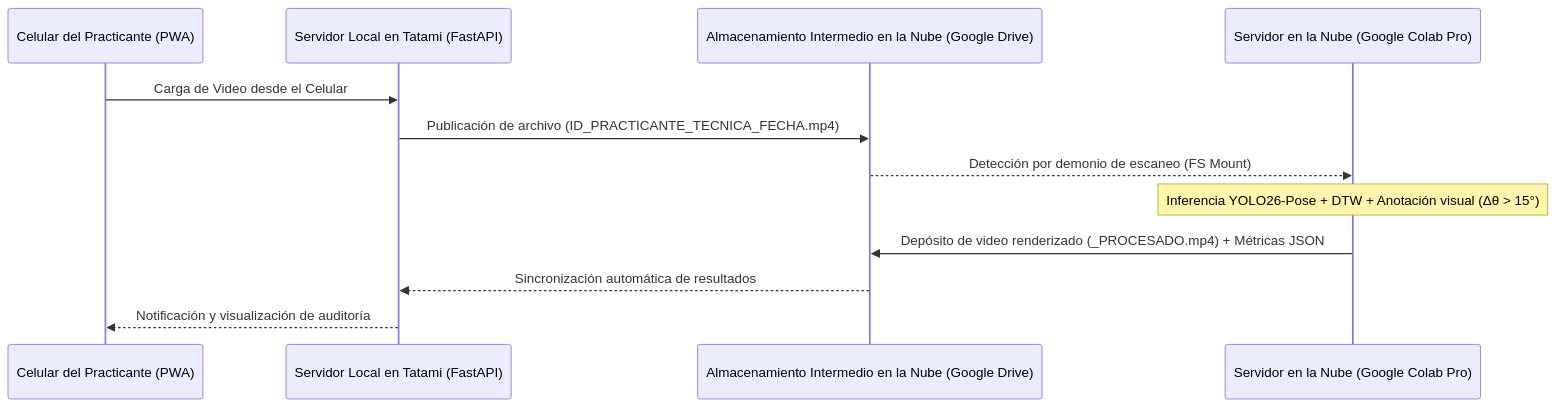
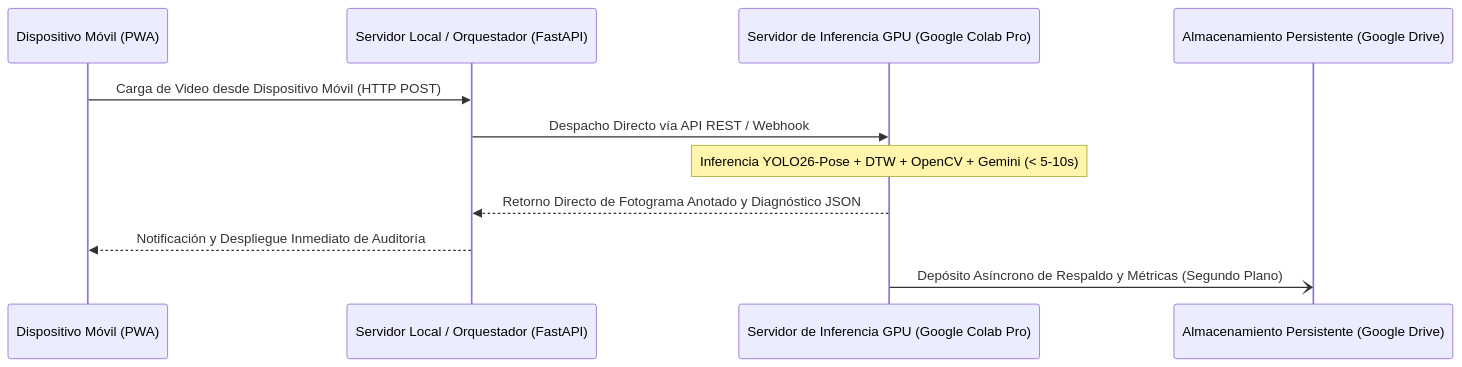
The third of 6 diagrams in README.md (Tsmrain/JiuJitsu), drawn with Mermaid before and after one commit. The commit also changed other lines of this file, not shown here.

````diff
--- a/README.md
+++ b/README.md
@@ -226,15 +228,14 @@
 ```mermaid
 sequenceDiagram
-    participant App as Celular del Practicante (PWA)
-    participant Edge as Servidor Local en Tatami (FastAPI)
-    participant Drive as Almacenamiento Intermedio en la Nube (Google Drive)
-    participant Colab as Servidor en la Nube (Google Colab Pro)
+    participant App as Dispositivo Móvil (PWA)
+    participant Edge as Servidor Local / Orquestador (FastAPI)
+    participant Colab as Servidor de Inferencia GPU (Google Colab Pro)
+    participant Drive as Almacenamiento Persistente (Google Drive)
 
-    App->>Edge: Carga de Video desde el Celular
-    Edge->>Drive: Publicación de archivo (ID_PRACTICANTE_TECNICA_FECHA.mp4)
-    Drive-->>Colab: Detección por demonio de escaneo (FS Mount)
-    Note over Colab: Inferencia YOLO26-Pose + DTW + Anotación visual (Δθ > 15°)
-    Colab->>Drive: Depósito de video renderizado (_PROCESADO.mp4) + Métricas JSON
-    Drive-->>Edge: Sincronización automática de resultados
-    Edge-->>App: Notificación y visualización de auditoría
+    App->>Edge: Carga de Video desde Dispositivo Móvil (HTTP POST)
+    Edge->>Colab: Despacho Directo vía API REST / Webhook
+    Note over Colab: Inferencia YOLO26-Pose + DTW + OpenCV + Gemini (< 5-10s)
+    Colab-->>Edge: Retorno Directo de Fotograma Anotado y Diagnóstico JSON
+    Edge-->>App: Notificación y Despliegue Inmediato de Auditoría
+    Colab-)Drive: Depósito Asíncrono de Respaldo y Métricas (Segundo Plano)
 ```
````
